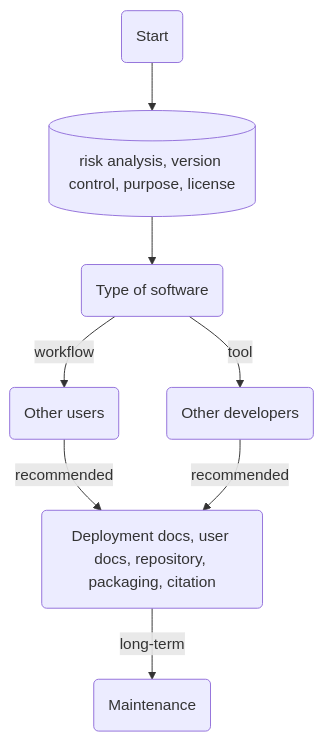
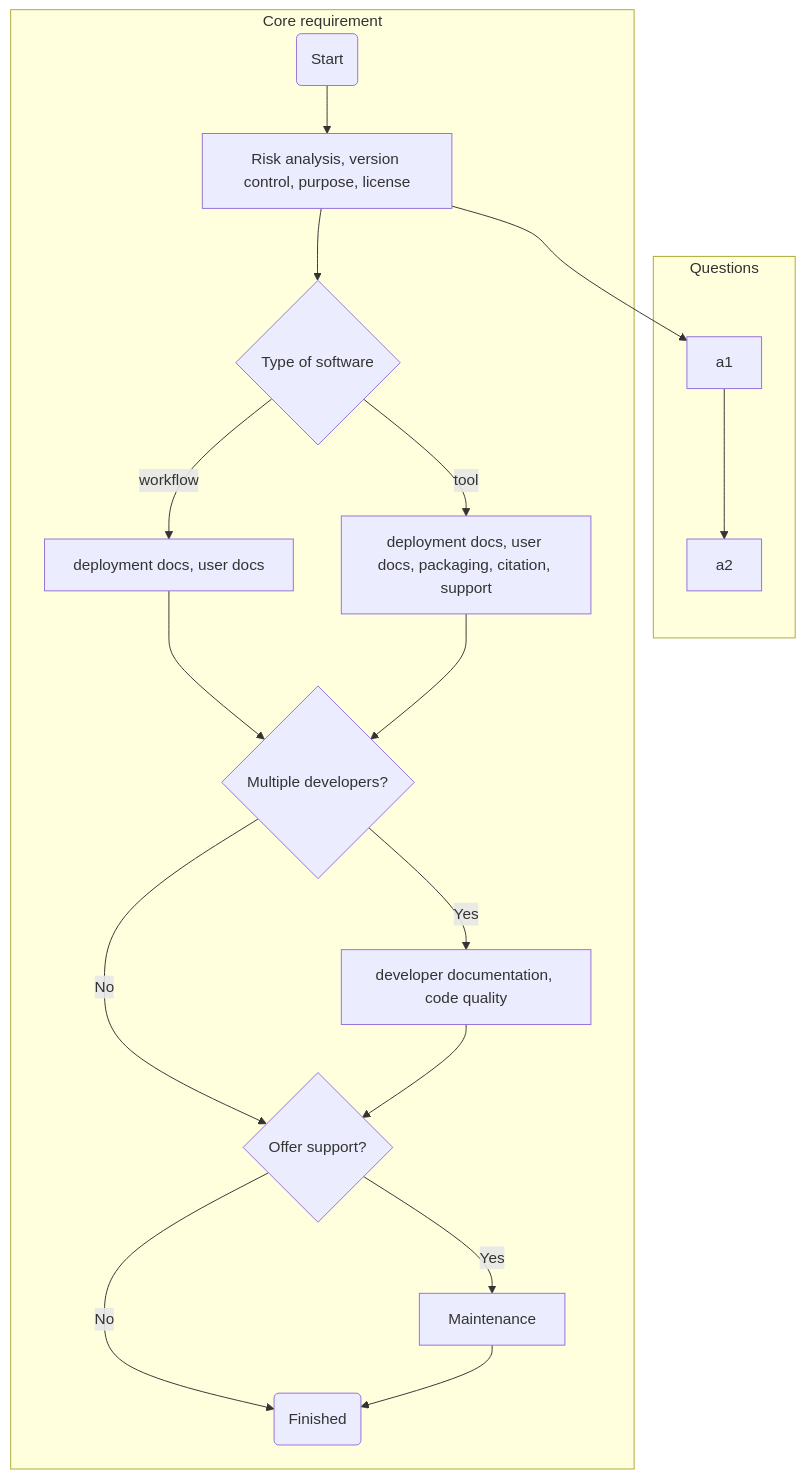
One commit to ubvu/software-handbook changed the second of 2 diagrams in chapters/risp2.qmd. Above: the diagram before and after it, drawn with Mermaid.

Commit message:
Update risp2.qmd
flowchart test

````diff
--- a/chapters/risp2.qmd
+++ b/chapters/risp2.qmd
@@ -35,19 +35,21 @@
-```{mermaid}
-flowchart TD
-
-  st(Start)
-  ra[(risk analysis, version control, purpose, license)]
-  ts(Type of software)
-  ou(Other users)
-  od(Other developers)
-  dd(Deployment docs, user docs, repository, packaging, citation)
-  ms(Maintenance)
-
-  st --> ra
-  ra --> ts
-  ts -- tool --> od
-  ts -- workflow --> ou
-  ou -- recommended --> dd
-  od -- recommended --> dd
-  dd -- long-term --> ms
+```mermaid
+flowchart TB
+    c2-->a1
+    subgraph Questions
+    a1-->a2
+    end
+    subgraph Core requirement
+    c1(Start)-->c2[Risk analysis, version control, purpose, license]
+    c2-->c3{Type of software}
+    c3--workflow-->c4[deployment docs, user docs]
+    c3--tool-->c5[deployment docs, user docs, packaging, citation, support]
+    c4-->c6{Multiple developers?}
+    c5-->c6
+    c6-- Yes -->c7[developer documentation, code quality]
+    c6-- No -->c8{Offer support?}
+    c7-->c8
+    c8-- Yes -->c9[Maintenance]
+    c8-- No -->c10(Finished)
+    c9-->c10
+    end
 ```
````
